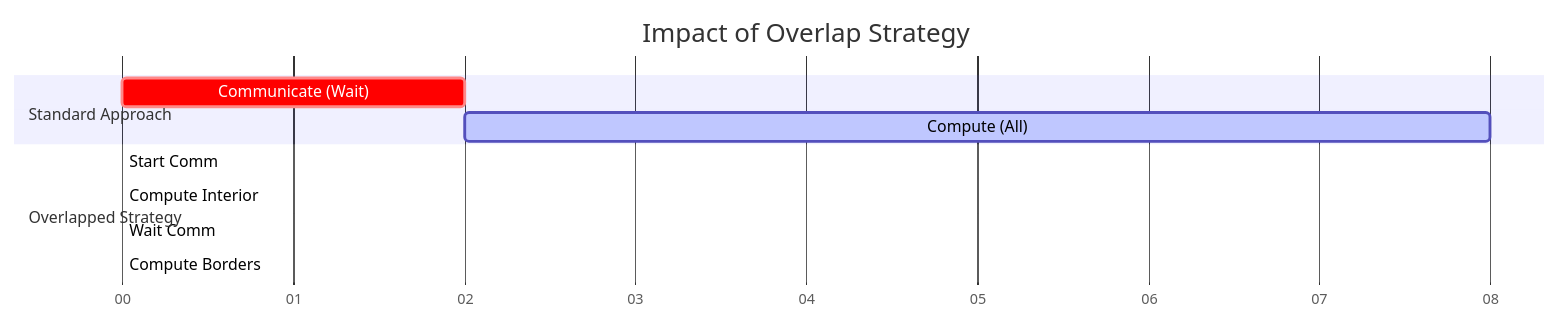
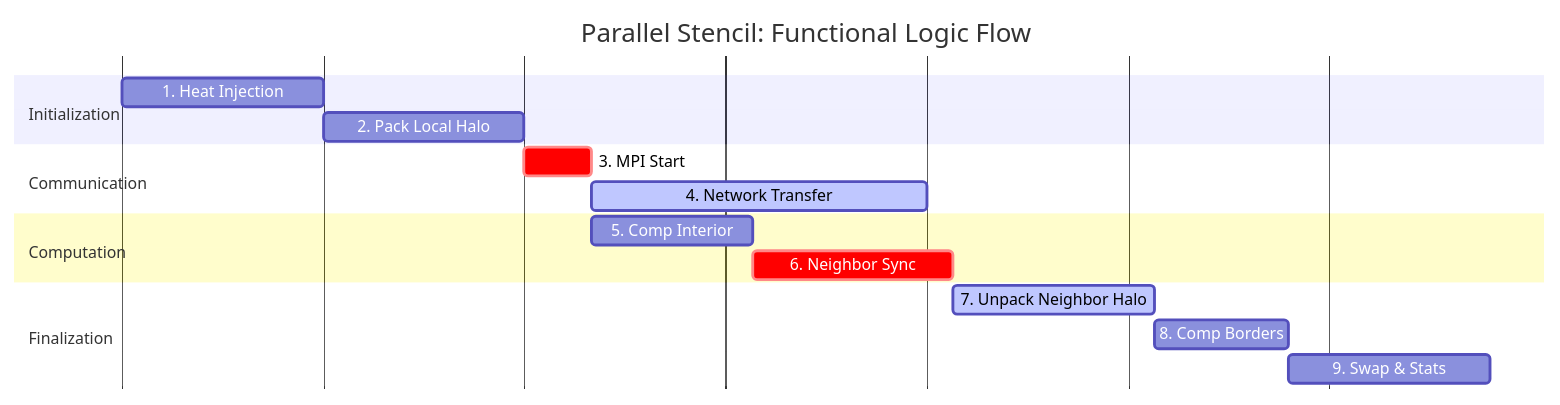
The third of 3 diagrams in REPORT.md (egesia1/5-points-stencil), drawn with Mermaid before and after one commit. The commit also changed other lines of this file and 36 other files, not shown here.

````diff
--- a/REPORT.md
+++ b/REPORT.md
@@ -235,16 +247,23 @@
 ```mermaid
+%%{init: { 'gantt': { 'axisFormat': ' ', 'tickInterval': '1000s' }}}%%
 gantt
-    title Impact of Overlap Strategy
-    dateFormat s
-    axisFormat %S
+    title Parallel Stencil: Functional Logic Flow
+    dateFormat  ss
     
-    section Standard Approach
-    Communicate (Wait) :crit, a1, 0, 2
-    Compute (All)      :active, a2, after a1, 8
+    section Initialization
+    1. Heat Injection              :p1, 00, 15s
+    2. Pack Local Halo             :p2, after p1, 15s
     
-    section Overlapped Strategy
-    Start Comm         :crit, b1, 0, 0.5
-    Compute Interior   :active, b2, after b1, 6.5
-    Wait Comm          :crit, b3, after b2, 0.5
-    Compute Borders    :active, b4, after b3, 1.5
+    section Communication
+    3. MPI Start                   :crit, c1, after p2, 5s
+    4. Network Transfer            :active, net, after c1, 25s
+    
+    section Computation
+    5. Comp Interior               :comp, after c1, 12s
+    6. Neighbor Sync               :crit, w1, after comp, 15s
+    
+    section Finalization
+    7. Unpack Neighbor Halo        :active, p7, after w1, 15s
+    8. Comp Borders                :p8, after p7, 10s
+    9. Swap & Stats                :p9, after p8, 15s
 ```
````
